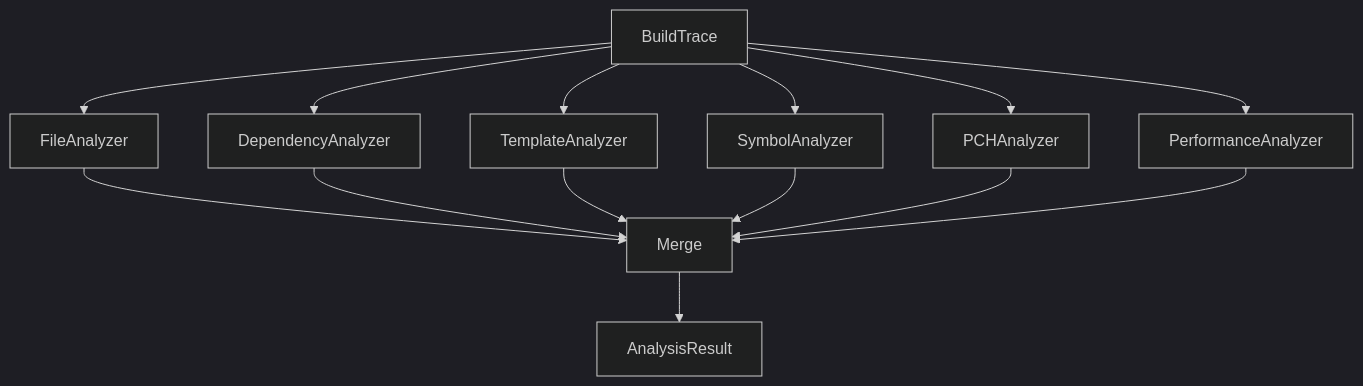
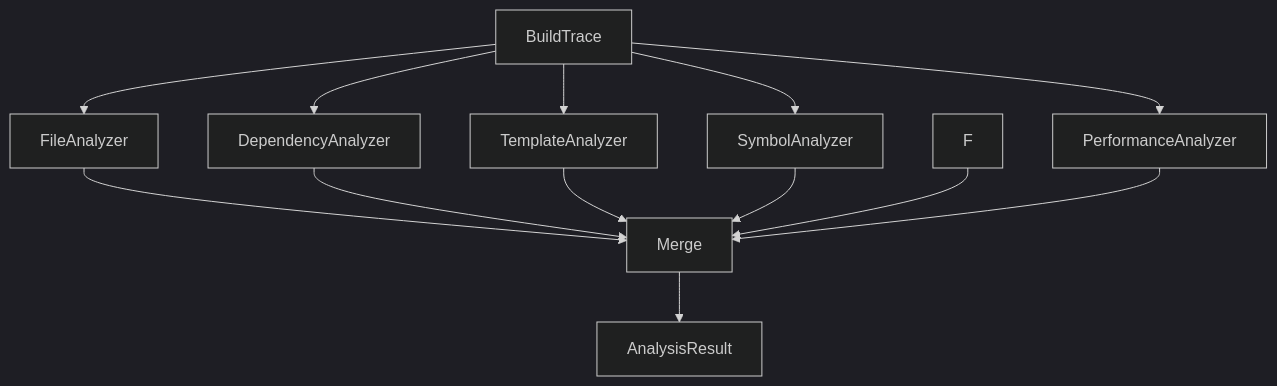
One commit to gregorian-09/build-hotspot-analyzer changed the second of 4 diagrams in docs/architecture.md. Above: the diagram before and after it, drawn with Mermaid (dark theme). The commit also changed other lines of this file and 6 other files, not shown here.

````diff
--- a/docs/architecture.md
+++ b/docs/architecture.md
@@ -100,16 +100,15 @@
 ```mermaid
 flowchart TD
     A[BuildTrace] --> B[FileAnalyzer]
     A --> C[DependencyAnalyzer]
     A --> D[TemplateAnalyzer]
     A --> E[SymbolAnalyzer]
-    A --> F[PCHAnalyzer]
     A --> G[PerformanceAnalyzer]
     B --> H[Merge]
     C --> H
     D --> H
     E --> H
     F --> H
     G --> H
     H --> I[AnalysisResult]
 ```
````
